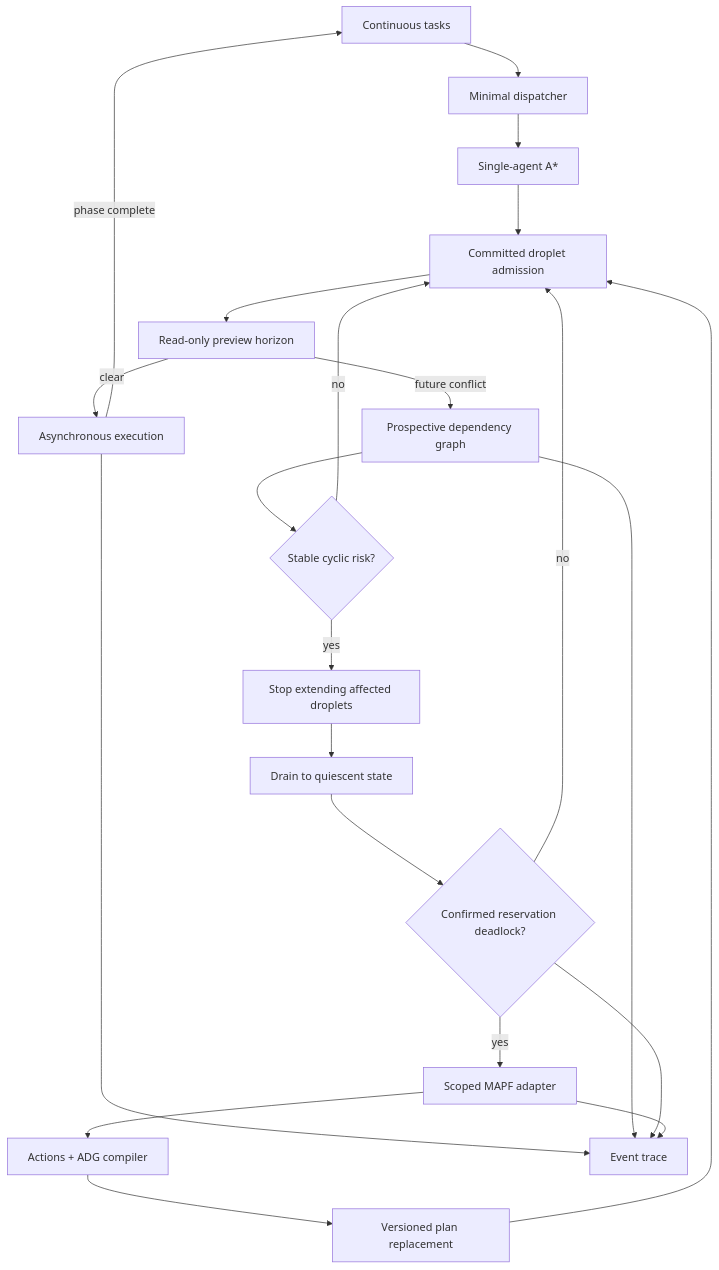
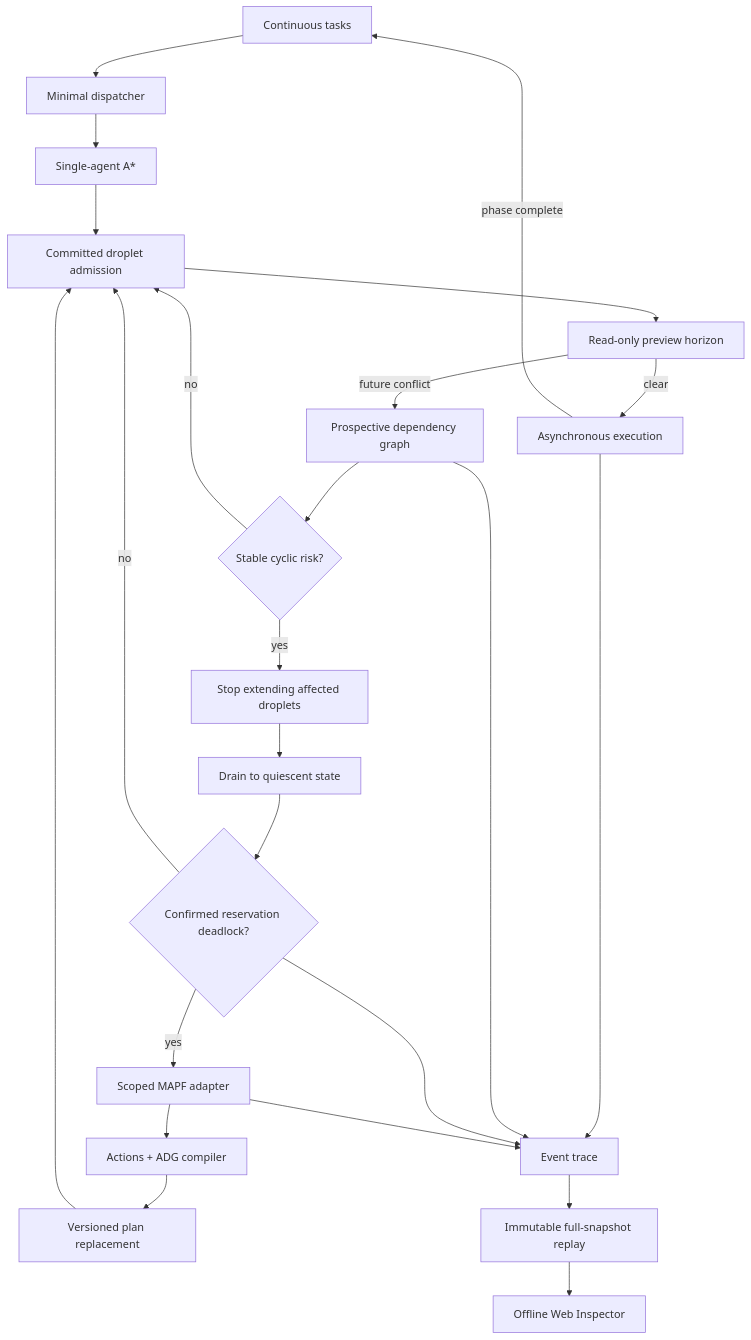
Before and after one commit to TSUNGYENTSAI/mapf-splice: the diagram in docs/ARCHITECTURE.md, drawn with Mermaid. The commit also changed other lines of this file and 10 other files, not shown here.

````diff
--- a/docs/ARCHITECTURE.md
+++ b/docs/ARCHITECTURE.md
@@ -22,24 +22,26 @@
 ```mermaid
 flowchart TD
     Tasks[Continuous tasks] --> Dispatch[Minimal dispatcher]
     Dispatch --> AStar[Single-agent A*]
     AStar --> Traffic[Committed droplet admission]
     Traffic --> Preview[Read-only preview horizon]
     Preview -->|clear| Execute[Asynchronous execution]
     Execute -->|phase complete| Tasks
     Preview -->|future conflict| RiskGraph[Prospective dependency graph]
     RiskGraph --> Stable{Stable cyclic risk?}
     Stable -->|no| Traffic
     Stable -->|yes| Contain[Stop extending affected droplets]
     Contain --> Freeze[Drain to quiescent state]
     Freeze --> Confirm{Confirmed reservation deadlock?}
     Confirm -->|no| Traffic
     Confirm -->|yes| MAPF[Scoped MAPF adapter]
     MAPF --> Compile[Actions + ADG compiler]
     Compile --> Replace[Versioned plan replacement]
     Replace --> Traffic
     Execute --> Trace[Event trace]
     RiskGraph --> Trace
     Confirm --> Trace
     MAPF --> Trace
+    Trace --> Replay[Immutable full-snapshot replay]
+    Replay --> Inspector[Offline Web Inspector]
 ```
````
